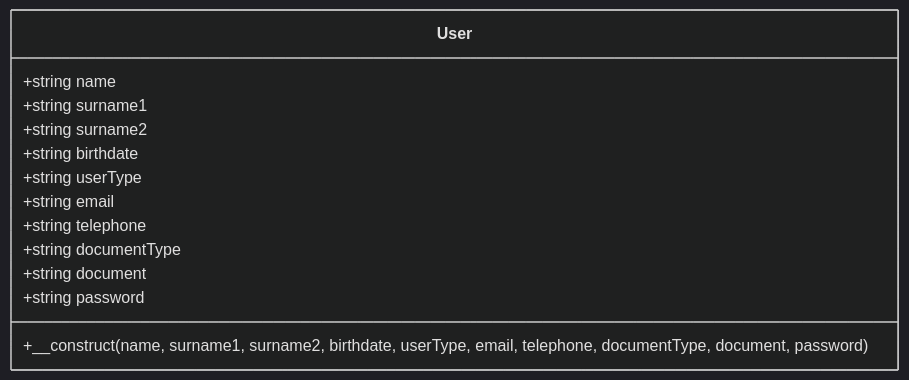
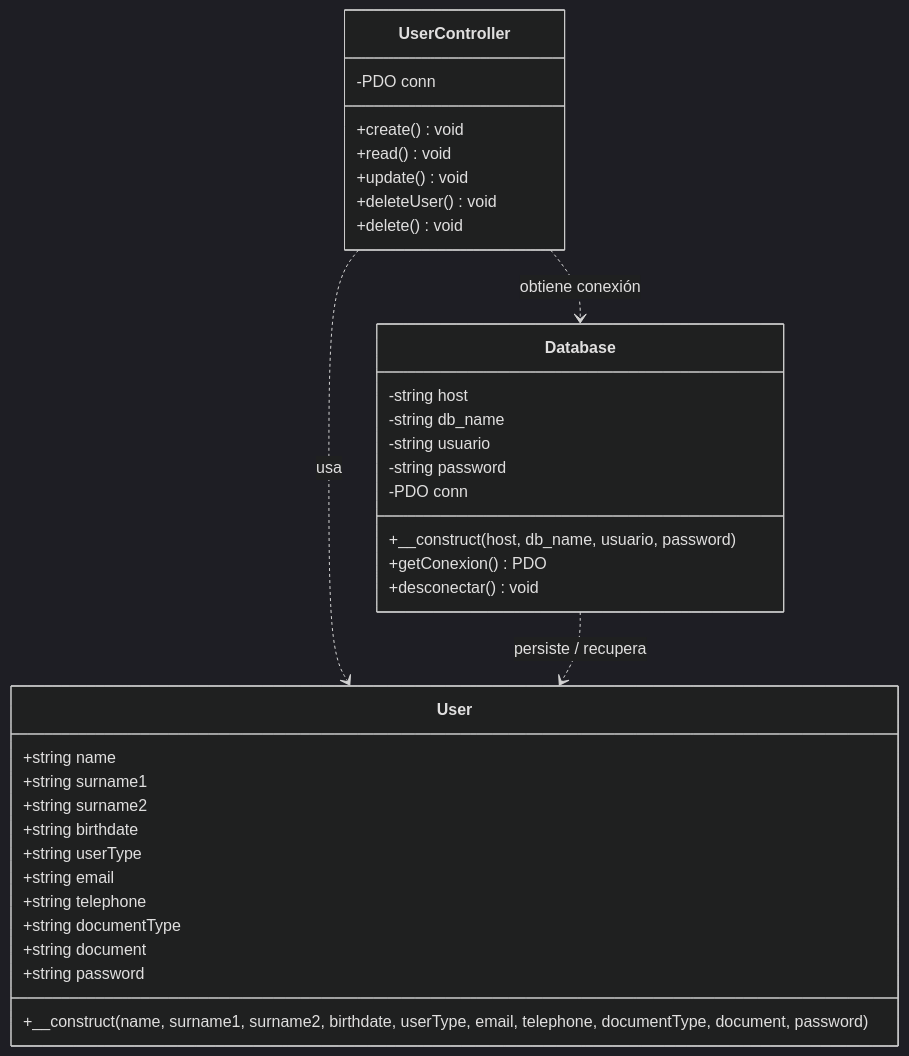
The first of 3 diagrams in README.md (israelalmore/uiUX_html-css), drawn with Mermaid (dark theme) before and after one commit. The commit also changed other lines of this file, not shown here.

````diff
--- a/README.md
+++ b/README.md
@@ -34,16 +123,40 @@
 ```mermaid
 classDiagram
     class User {
         +string name
         +string surname1
         +string surname2
         +string birthdate
         +string userType
         +string email
         +string telephone
         +string documentType
         +string document
         +string password
         +__construct(name, surname1, surname2, birthdate, userType, email, telephone, documentType, document, password)
     }
+
+    class Database {
+        -string host
+        -string db_name
+        -string usuario
+        -string password
+        -PDO conn
+        +__construct(host, db_name, usuario, password)
+        +getConexion() PDO
+        +desconectar() void
+    }
+
+    class UserController {
+        -PDO conn
+        +create() void
+        +read() void
+        +update() void
+        +deleteUser() void
+        +delete() void
+    }
+
+    UserController ..> User : usa
+    UserController ..> Database : obtiene conexión
+    Database ..> User : persiste / recupera
 ```
````
